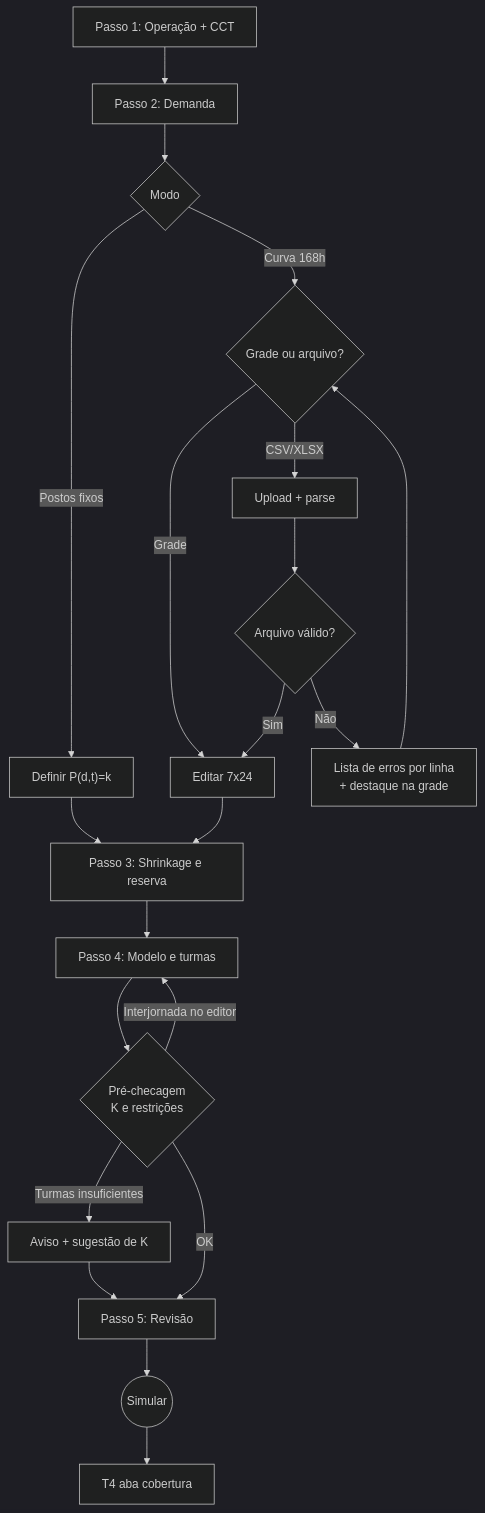
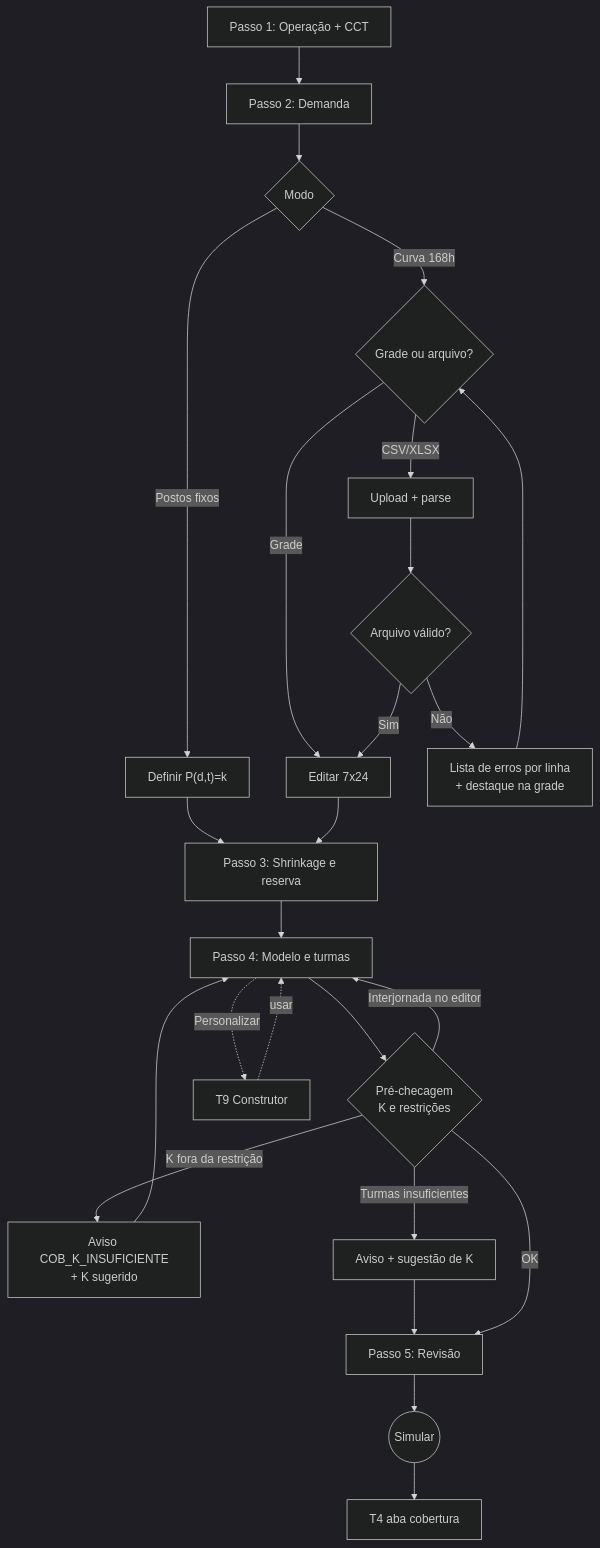
Before and after one commit to thgterto/Ferramentas-Web: the second of 8 diagrams in docs/simulador-escalas/03-fluxo-do-app.md, drawn with Mermaid (dark theme). The commit also changed other lines of this file and 6 other files, not shown here.

First line of the commit message:
docs: v3.2 - catálogo ampliado, construtor de escalas, turmas como restrição e cobertura entre cargos

````diff
--- a/docs/simulador-escalas/03-fluxo-do-app.md
+++ b/docs/simulador-escalas/03-fluxo-do-app.md
@@ -124,20 +158,22 @@
 ```mermaid
 flowchart TD
     S1["Passo 1: Operação + CCT"] --> S2["Passo 2: Demanda"]
     S2 --> M{"Modo"}
     M -- "Postos fixos" --> PF["Definir P(d,t)=k"]
     M -- "Curva 168h" --> CV{"Grade ou arquivo?"}
     CV -- Grade --> GR["Editar 7x24"]
     CV -- "CSV/XLSX" --> UP["Upload + parse"]
     UP --> VU{"Arquivo válido?"}
     VU -- Não --> EU["Lista de erros por linha<br/>+ destaque na grade"] --> CV
     VU -- Sim --> GR
     PF --> S3
     GR --> S3["Passo 3: Shrinkage e reserva"]
     S3 --> S4["Passo 4: Modelo e turmas"]
     S4 --> V4{"Pré-checagem<br/>K e restrições"}
     V4 -- "Interjornada no editor" --> S4
+    S4 -. "Personalizar" .-> T9["T9 Construtor"] -. "usar" .-> S4
+    V4 -- "K fora da restrição" --> AK["Aviso COB_K_INSUFICIENTE<br/>+ K sugerido"] --> S4
     V4 -- "Turmas insuficientes" --> AV["Aviso + sugestão de K"] --> S5
     V4 -- OK --> S5["Passo 5: Revisão"]
     S5 --> C(("Simular")) --> R["T4 aba cobertura"]
 ```
````
